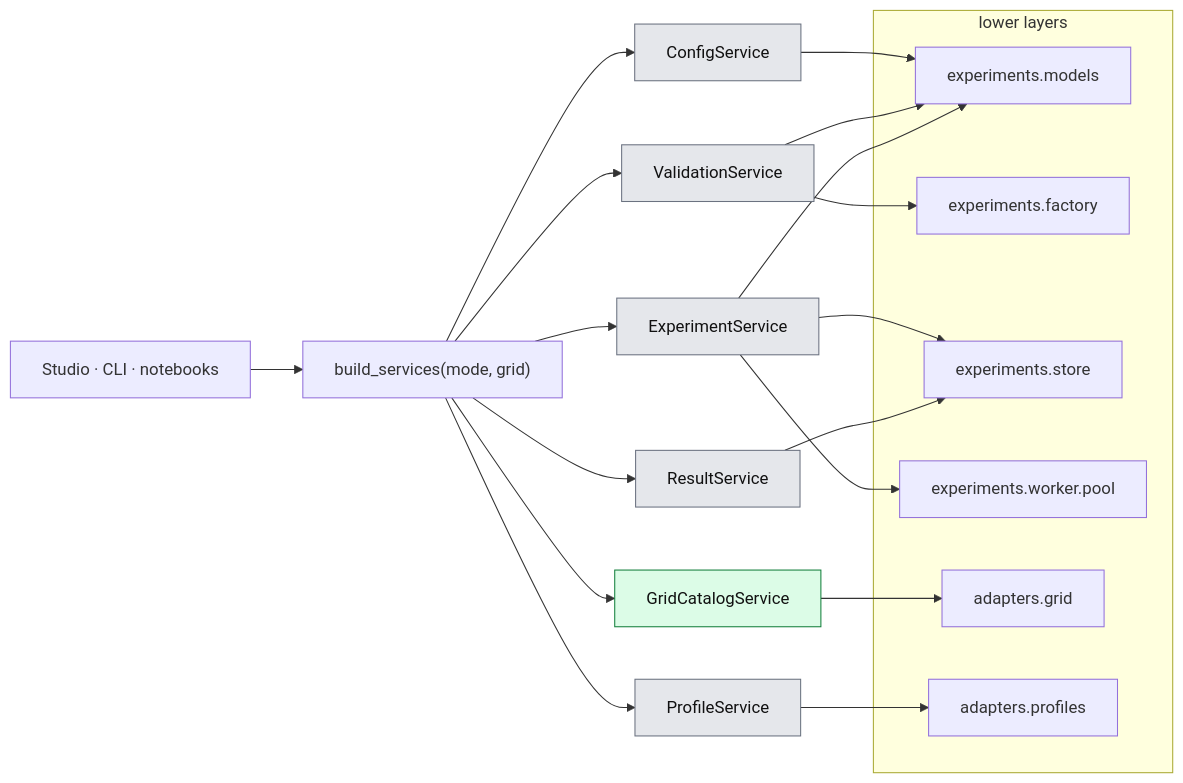
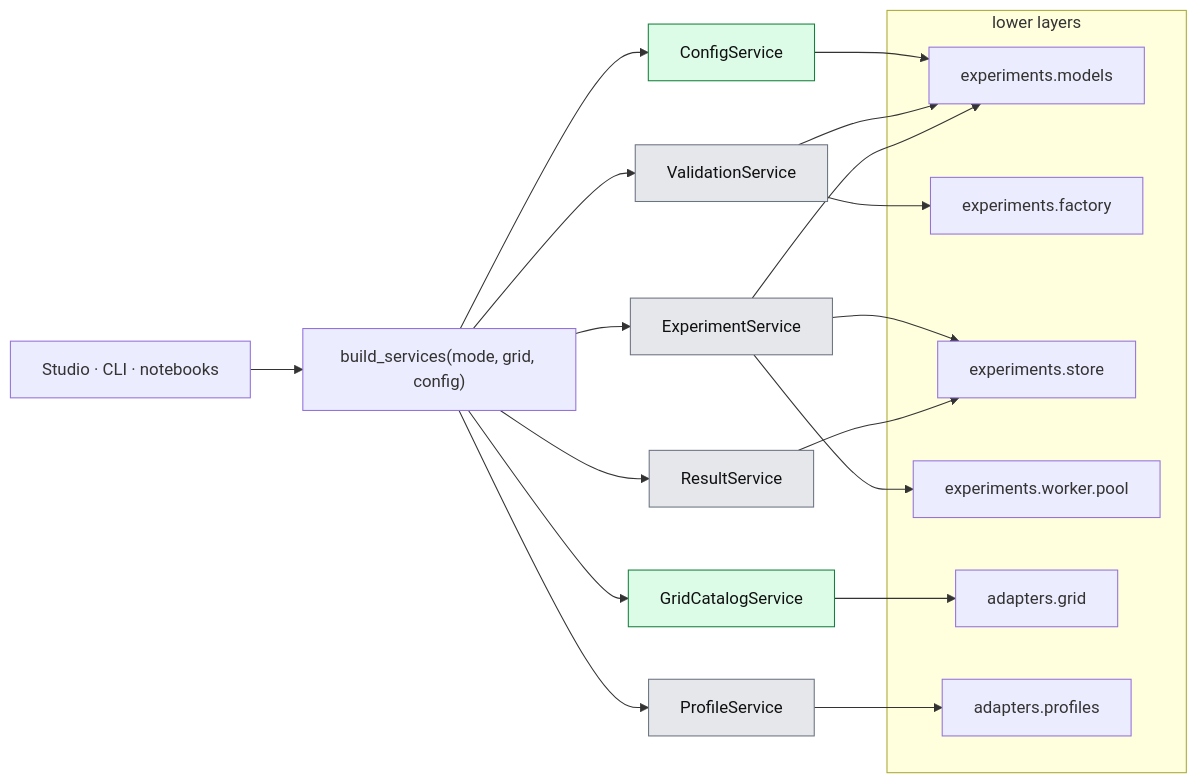
The diagram in docs/thesis/architecture/03-application-layer.md (KevinRapo/P2P-thesis), drawn with Mermaid before and after one commit. The commit also changed other lines of this file and 3 other files, not shown here.

Commit message:
docs(architecture): ConfigService is real; where the workspace lives

````diff
--- a/docs/thesis/architecture/03-application-layer.md
+++ b/docs/thesis/architecture/03-application-layer.md
@@ -27,29 +27,29 @@
 ```mermaid
 flowchart LR
-  CALL["Studio · CLI · notebooks"] --> BS["build_services(mode, grid)"]
-  BS --> CF["ConfigService"]:::demo
+  CALL["Studio · CLI · notebooks"] --> BS["build_services(mode, grid, config)"]
+  BS --> CF["ConfigService"]:::real
   BS --> GC["GridCatalogService"]:::real
   BS --> PR["ProfileService"]:::demo
   BS --> VA["ValidationService"]:::demo
   BS --> EX["ExperimentService"]:::demo
   BS --> RE["ResultService"]:::demo
   subgraph LOW["lower layers"]
     EM["experiments.models"]
     EF["experiments.factory"]
     ES["experiments.store"]
     EW["experiments.worker.pool"]
     AG["adapters.grid"]
     AP["adapters.profiles"]
   end
   CF --> EM
   GC --> AG
   PR --> AP
   VA --> EM
   VA --> EF
   EX --> EM
   EX --> ES
   EX --> EW
   RE --> ES
   classDef real fill:#dcfce7,stroke:#15803d,color:#111
   classDef demo fill:#e5e7eb,stroke:#6b7280,color:#111
 ```
````
